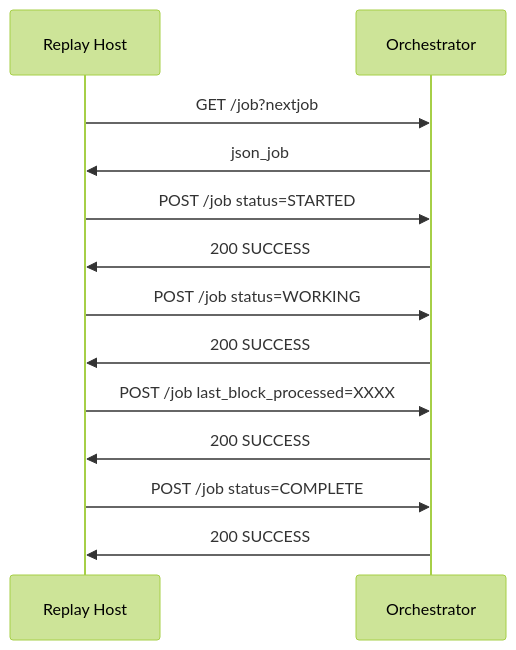
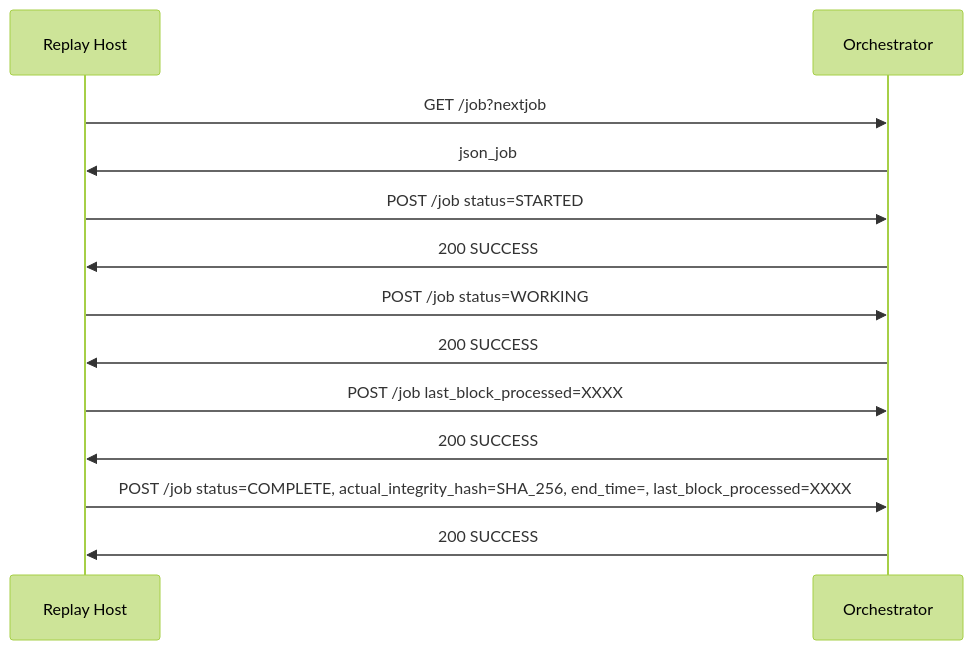
The second of 2 diagrams in docs/high-level-design.md (eosnetworkfoundation/replay-test), drawn with Mermaid (forest theme) before and after one commit. The commit also changed other lines of this file and 2 other files, not shown here.

Commit message:
python job_operations script to interact with web service

````diff
--- a/docs/high-level-design.md
+++ b/docs/high-level-design.md
@@ -39,16 +39,16 @@
 ```mermaid
 
 sequenceDiagram
     participant Relay as Replay Host
     participant Orch as Orchestrator
     Relay->>Orch: GET /job?nextjob
     Orch->>Relay: json_job
     Relay->>Orch: POST /job status=STARTED
     Orch->>Relay: 200 SUCCESS
     Relay->>Orch: POST /job status=WORKING
     Orch->>Relay: 200 SUCCESS
     Relay->>Orch: POST /job last_block_processed=XXXX
     Orch->>Relay: 200 SUCCESS
-    Relay->>Orch: POST /job status=COMPLETE
+    Relay->>Orch: POST /job status=COMPLETE, actual_integrity_hash=SHA_256, end_time=, last_block_processed=XXXX
     Orch->>Relay: 200 SUCCESS
 ```
````
